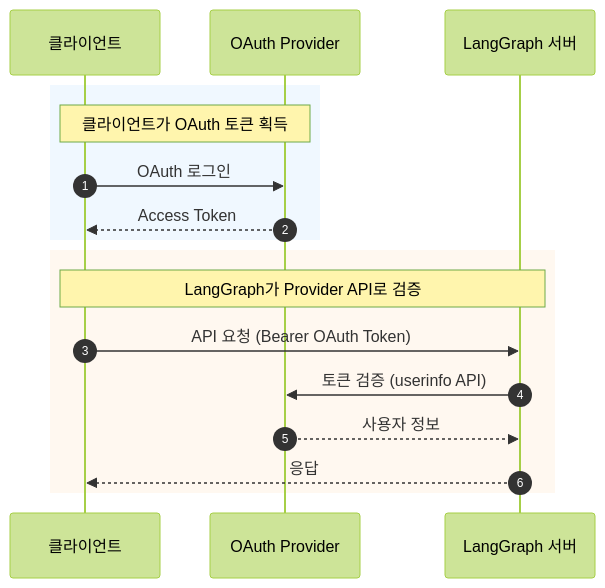
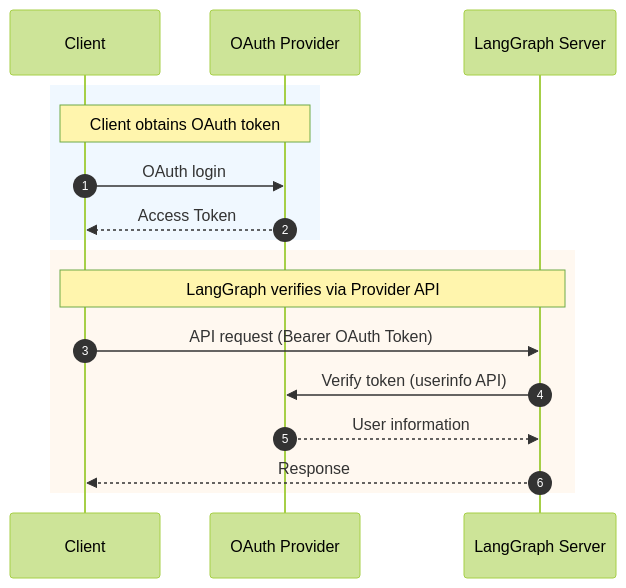
Before and after one commit to braincrew-lab/langgraph-chat-ui: the second of 4 diagrams in docs/00-OVERVIEW.md, drawn with Mermaid (forest theme). The commit also changed other lines of this file and 24 other files, not shown here.

````diff
--- a/docs/00-OVERVIEW.md
+++ b/docs/00-OVERVIEW.md
@@ -51,21 +51,21 @@
 ```mermaid
 sequenceDiagram
     autonumber
-    participant Client as 클라이언트
+    participant Client as Client
     participant OAuth as OAuth Provider
-    participant LangGraph as LangGraph 서버
+    participant LangGraph as LangGraph Server
 
     rect rgb(240, 248, 255)
-        Note over Client,OAuth: 클라이언트가 OAuth 토큰 획득
-        Client->>OAuth: OAuth 로그인
+        Note over Client,OAuth: Client obtains OAuth token
+        Client->>OAuth: OAuth login
         OAuth-->>Client: Access Token
     end
 
     rect rgb(255, 248, 240)
-        Note over Client,LangGraph: LangGraph가 Provider API로 검증
-        Client->>LangGraph: API 요청 (Bearer OAuth Token)
-        LangGraph->>OAuth: 토큰 검증 (userinfo API)
-        OAuth-->>LangGraph: 사용자 정보
-        LangGraph-->>Client: 응답
+        Note over Client,LangGraph: LangGraph verifies via Provider API
+        Client->>LangGraph: API request (Bearer OAuth Token)
+        LangGraph->>OAuth: Verify token (userinfo API)
+        OAuth-->>LangGraph: User information
+        LangGraph-->>Client: Response
     end
 ```
````
